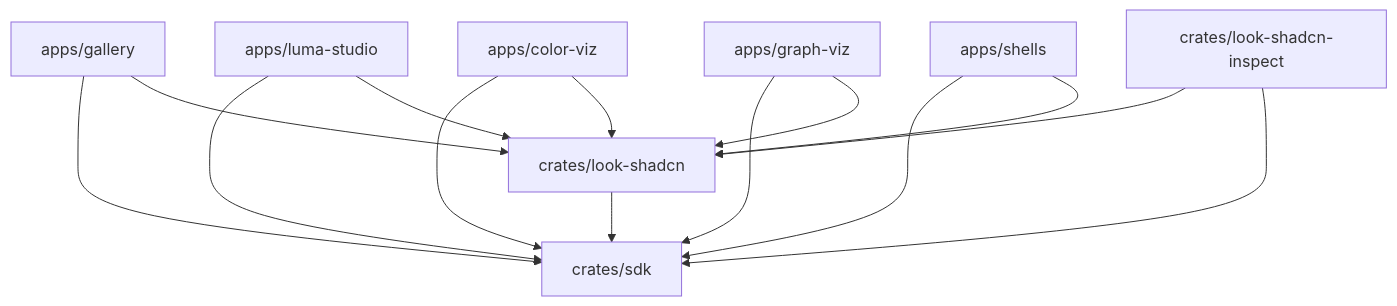
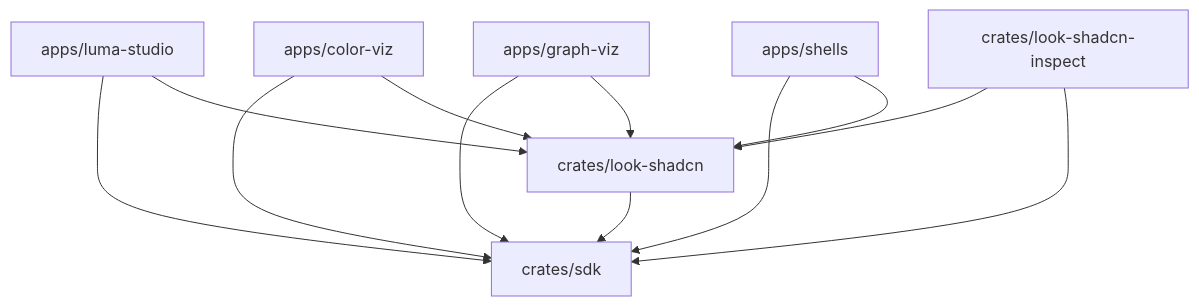
The diagram in docs/architecture.md (gpui-luma-dev/gpui-luma), drawn with Mermaid before and after one commit. The commit also changed other lines of this file and 208 other files, not shown here.

````diff
--- a/docs/architecture.md
+++ b/docs/architecture.md
@@ -24,16 +23,14 @@
 ```mermaid
 graph TD
-    Gallery[apps/gallery] --> SDK[crates/sdk]
-    Gallery --> Look[crates/look-shadcn]
-    Studio[apps/luma-studio] --> SDK
-    Studio --> Look
+    Studio[apps/luma-studio] --> SDK[crates/sdk]
+    Studio --> Look[crates/look-shadcn]
     ColorViz[apps/color-viz] --> SDK
     ColorViz --> Look
     GraphViz[apps/graph-viz] --> SDK
     GraphViz --> Look
     Shells[apps/shells] --> SDK
     Shells --> Look
     Look --> SDK
     LookInspect[crates/look-shadcn-inspect] --> Look
     LookInspect --> SDK
 ```
````
